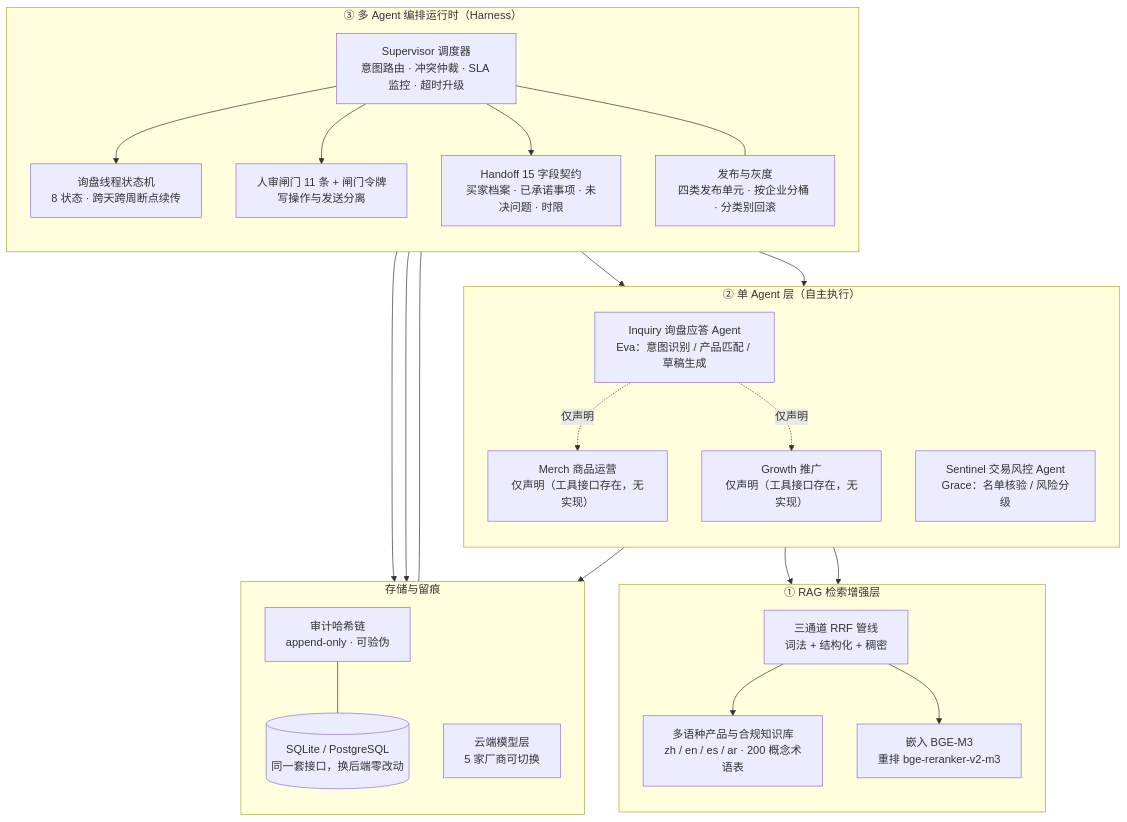
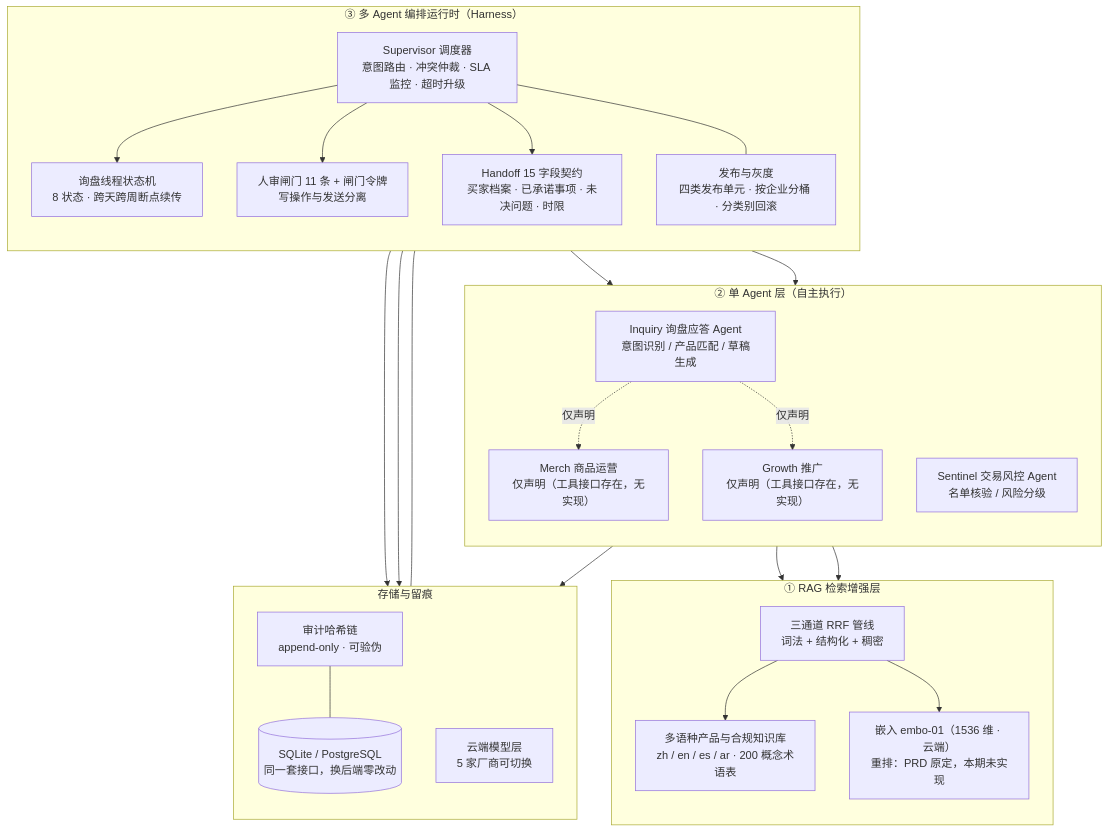
Before and after one commit to Miaoyj510/tradedesk-ai-workbench: the first of 5 diagrams in docs/ARCHITECTURE.md, drawn with Mermaid. The commit also changed other lines of this file and 12 other files, not shown here.

````diff
--- a/docs/ARCHITECTURE.md
+++ b/docs/ARCHITECTURE.md
@@ -11,50 +13,50 @@
 ```mermaid
 flowchart TB
   subgraph H["③ 多 Agent 编排运行时（Harness）"]
     direction TB
     SUP["Supervisor 调度器<br/>意图路由 · 冲突仲裁 · SLA 监控 · 超时升级"]
     SM["询盘线程状态机<br/>8 状态 · 跨天跨周断点续传"]
     GATE["人审闸门 11 条 + 闸门令牌<br/>写操作与发送分离"]
     REL["发布与灰度<br/>四类发布单元 · 按企业分桶 · 分类别回滚"]
     HAND["Handoff 15 字段契约<br/>买家档案 · 已承诺事项 · 未决问题 · 时限"]
   end
 
   subgraph A["② 单 Agent 层（自主执行）"]
     direction TB
-    EVA["Inquiry 询盘应答 Agent<br/>Eva：意图识别 / 产品匹配 / 草稿生成"]
-    SEN["Sentinel 交易风控 Agent<br/>Grace：名单核验 / 风险分级"]
+    EVA["Inquiry 询盘应答 Agent<br/>意图识别 / 产品匹配 / 草稿生成"]
+    SEN["Sentinel 交易风控 Agent<br/>名单核验 / 风险分级"]
     MERCH["Merch 商品运营<br/>仅声明（工具接口存在，无实现）"]
     GROW["Growth 推广<br/>仅声明（工具接口存在，无实现）"]
   end
 
   subgraph R["① RAG 检索增强层"]
     direction TB
     KB["多语种产品与合规知识库<br/>zh / en / es / ar · 200 概念术语表"]
     PIPE["三通道 RRF 管线<br/>词法 + 结构化 + 稠密"]
-    EMB["嵌入 BGE-M3<br/>重排 bge-reranker-v2-m3"]
+    EMB["嵌入 embo-01（1536 维 · 云端）<br/>重排：PRD 原定，本期未实现"]
   end
 
   subgraph S["存储与留痕"]
     direction TB
     ST[("SQLite / PostgreSQL<br/>同一套接口，换后端零改动")]
     AUD["审计哈希链<br/>append-only · 可验伪"]
     LLM["云端模型层<br/>5 家厂商可切换"]
   end
 
   EVA --> PIPE --> KB
   PIPE --> EMB
   SEN --> KB
   SUP --> EVA
   SUP --> SEN
   SUP --> SM
   SUP --> GATE
   SUP --> HAND
   EVA --> LLM
   EVA -.仅声明.-> MERCH
   EVA -.仅声明.-> GROW
   SUP --- REL
   SM --> ST
   GATE --> ST
   AUD --- ST
   HAND --- ST
 ```
````
